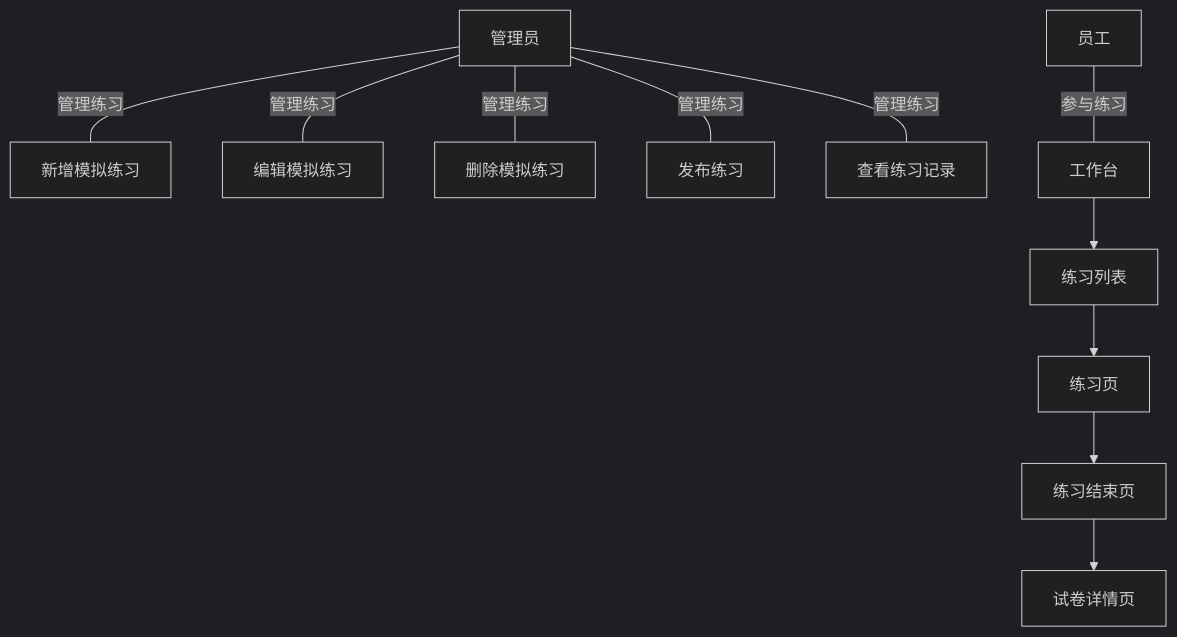
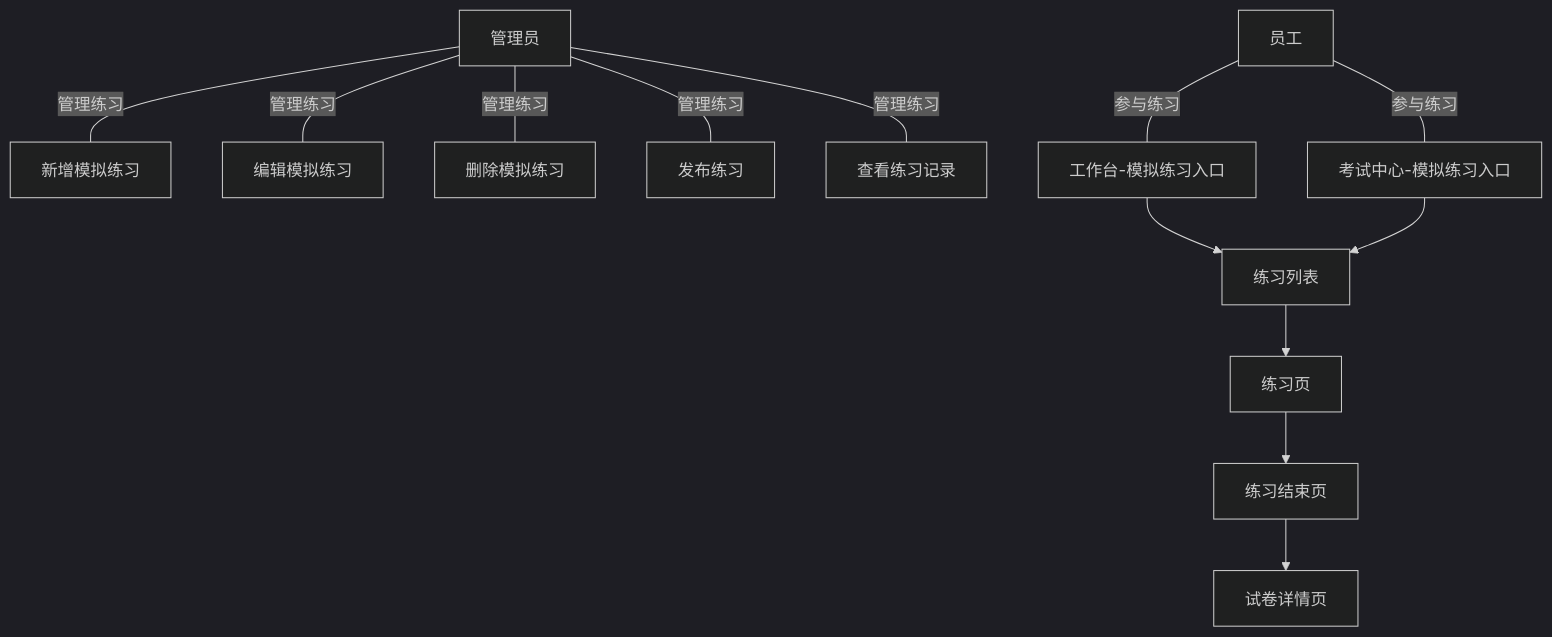
Before and after one commit to parispang666-ops/practice: the third of 6 diagrams in PRD/练习功能整体PRD.md, drawn with Mermaid (dark theme). The commit also changed other lines of this file and 16 other files, not shown here.

````diff
--- a/PRD/练习功能整体PRD.md
+++ b/PRD/练习功能整体PRD.md
@@ -94,14 +100,16 @@
 ```mermaid
 flowchart TD
     ADMIN_USER[管理员] ---|管理练习| A1[新增模拟练习]
     ADMIN_USER ---|管理练习| A2[编辑模拟练习]
     ADMIN_USER ---|管理练习| A3[删除模拟练习]
     ADMIN_USER ---|管理练习| A4[发布练习]
     ADMIN_USER ---|管理练习| A5[查看练习记录]
 
-    USER[员工] ---|参与练习| B1[工作台]
-    B1 --> B2[练习列表]
-    B2 --> B3[练习页]
-    B3 --> B4[练习结束页]
-    B4 --> B5[试卷详情页]
+    USER[员工] ---|参与练习| B1[工作台-模拟练习入口]
+    USER ---|参与练习| B2[考试中心-模拟练习入口]
+    B1 --> B3[练习列表]
+    B2 --> B3
+    B3 --> B4[练习页]
+    B4 --> B5[练习结束页]
+    B5 --> B6[试卷详情页]
 ```
````
